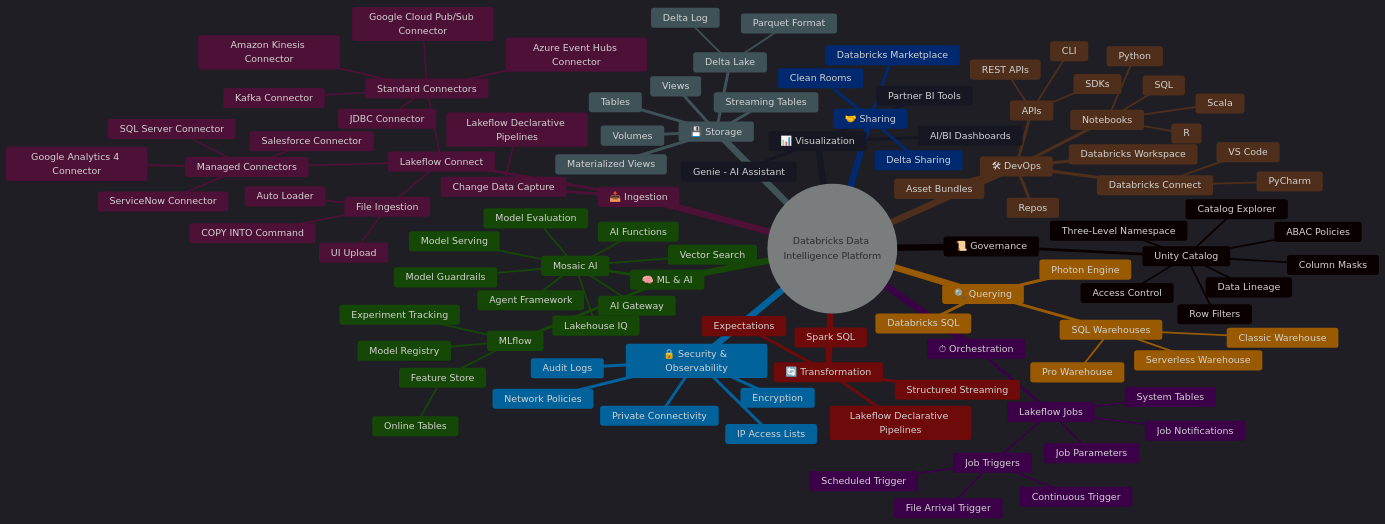
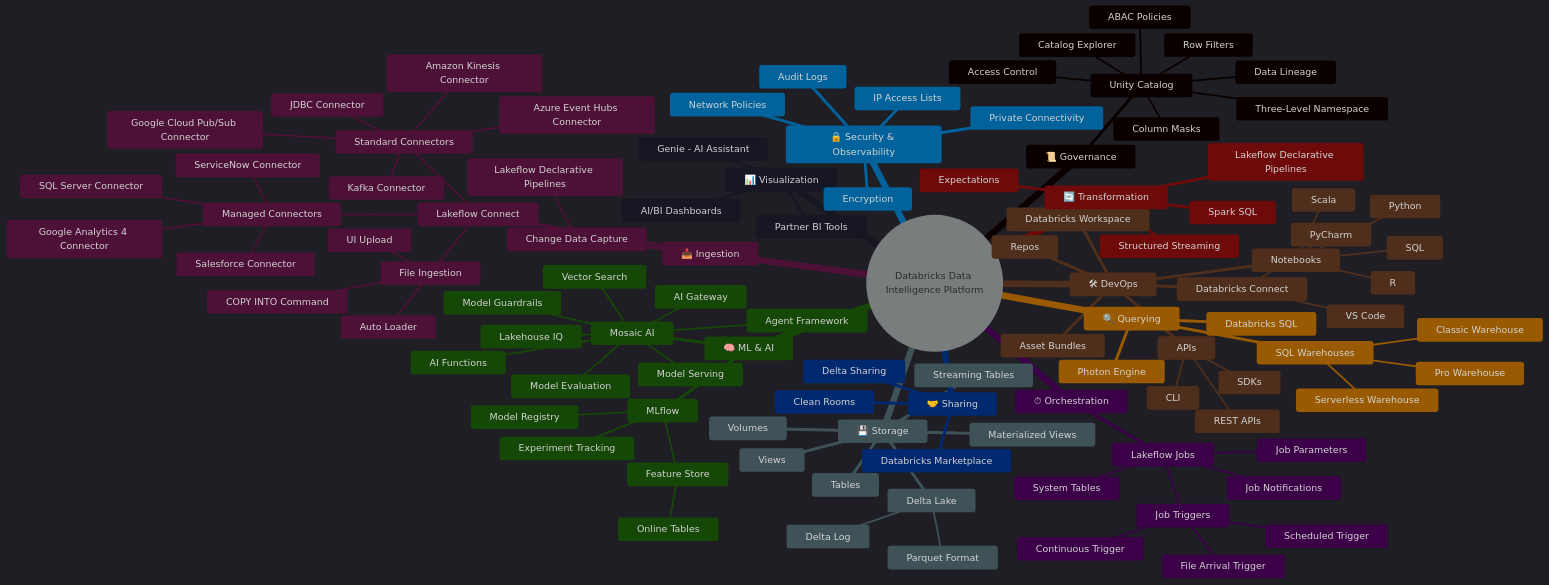
The diagram in src/diagrams/databricks_concepts_mindmap.md (briveramelo/mermaid-diagrams), drawn with Mermaid before and after one commit. The commit also changed 2 other files, not shown here.

Commit message:
attempting various fixes to get mindmap formatting to work

```diff
--- a/src/diagrams/databricks_concepts_mindmap.md
+++ b/src/diagrams/databricks_concepts_mindmap.md
@@ -4,14 +4,13 @@
   theme: dark
   mindmap:
     useMaxWidth: true
+    branchSpacing: 40
+    leafSpacing: 20
+    padding: 16
   themeVariables:
-    lineColor: #9CA3AF
-    textColor: #E5E7EB
-    themeVariables:
-      fontSize: 16px
-      mindmapBranchSpacing: 1600
-      mindmapLeafSpacing: 1300
-      mindmapPadding: 2140
+    lineColor: "#9CA3AF"
+    textColor: "#E5E7EB"
+    fontSize: 16px
 ---
 
 mindmap
```
